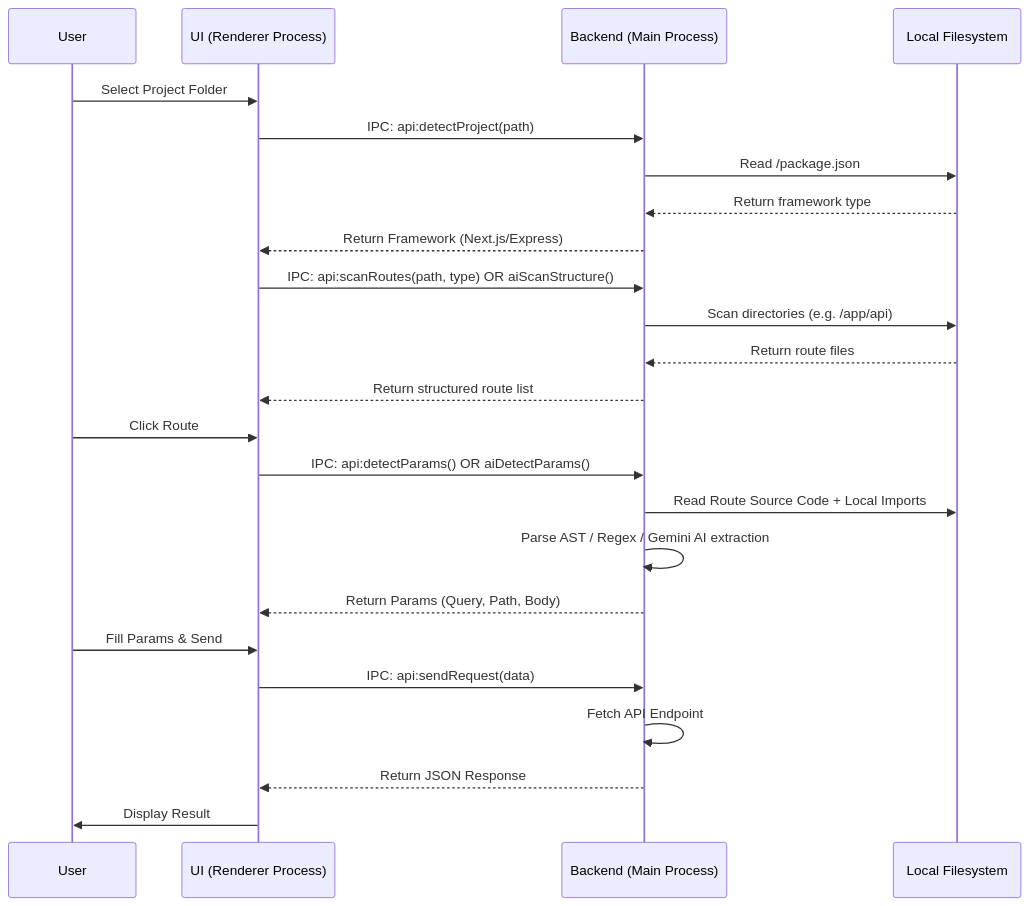
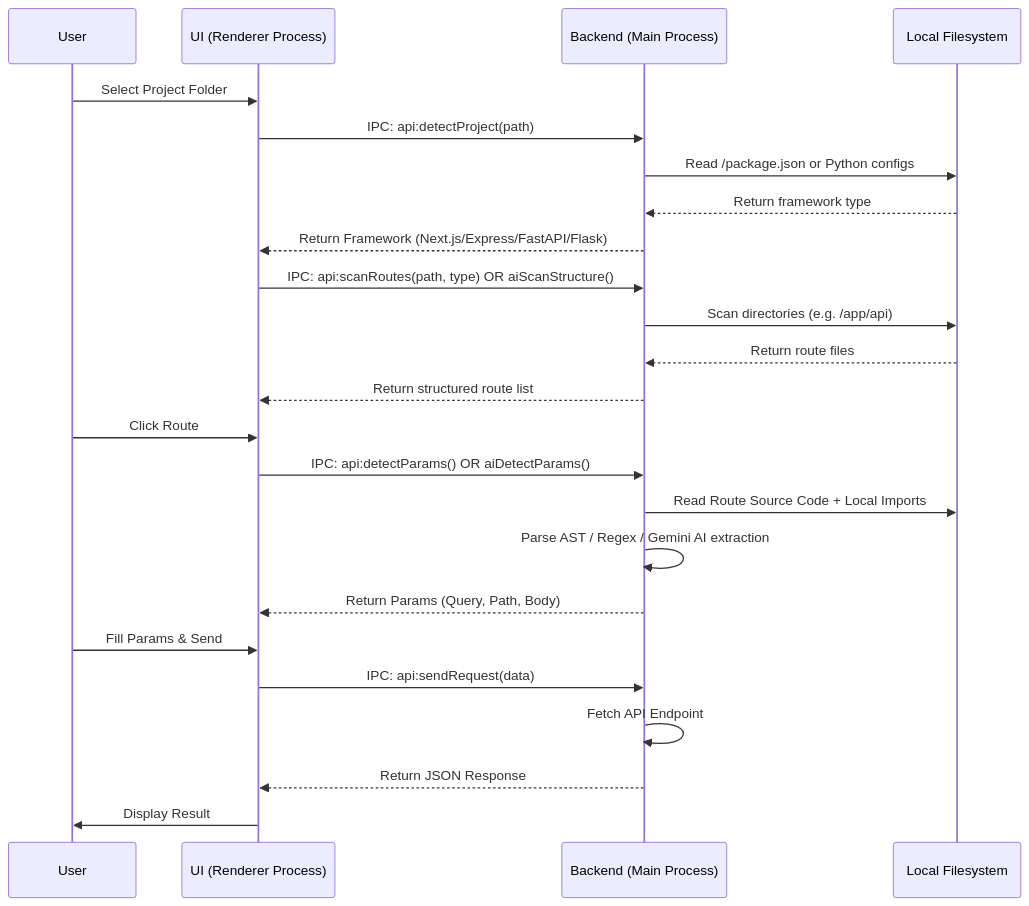
The first of 2 diagrams in README.md (MsCoder50/APIxray), drawn with Mermaid before and after one commit. The commit also changed other lines of this file and 9 other files, not shown here.

Commit message:
Add FastAPI and Flask framework support, update documentation, and bump version to 2.2.0

````diff
--- a/README.md
+++ b/README.md
@@ -38,30 +38,30 @@
 ```mermaid
 sequenceDiagram
     participant User as User
     participant Renderer as UI (Renderer Process)
     participant Main as Backend (Main Process)
     participant Filesystem as Local Filesystem
 
     User->>Renderer: Select Project Folder
     Renderer->>Main: IPC: api:detectProject(path)
-    Main->>Filesystem: Read /package.json
+    Main->>Filesystem: Read /package.json or Python configs
     Filesystem-->>Main: Return framework type
-    Main-->>Renderer: Return Framework (Next.js/Express)
+    Main-->>Renderer: Return Framework (Next.js/Express/FastAPI/Flask)
     
     Renderer->>Main: IPC: api:scanRoutes(path, type) OR aiScanStructure()
     Main->>Filesystem: Scan directories (e.g. /app/api)
     Filesystem-->>Main: Return route files
     Main-->>Renderer: Return structured route list
     
     User->>Renderer: Click Route
     Renderer->>Main: IPC: api:detectParams() OR aiDetectParams()
     Main->>Filesystem: Read Route Source Code + Local Imports
     Main->>Main: Parse AST / Regex / Gemini AI extraction
     Main-->>Renderer: Return Params (Query, Path, Body)
     
     User->>Renderer: Fill Params & Send
     Renderer->>Main: IPC: api:sendRequest(data)
     Main->>Main: Fetch API Endpoint
     Main-->>Renderer: Return JSON Response
     Renderer->>User: Display Result
 ```
````
